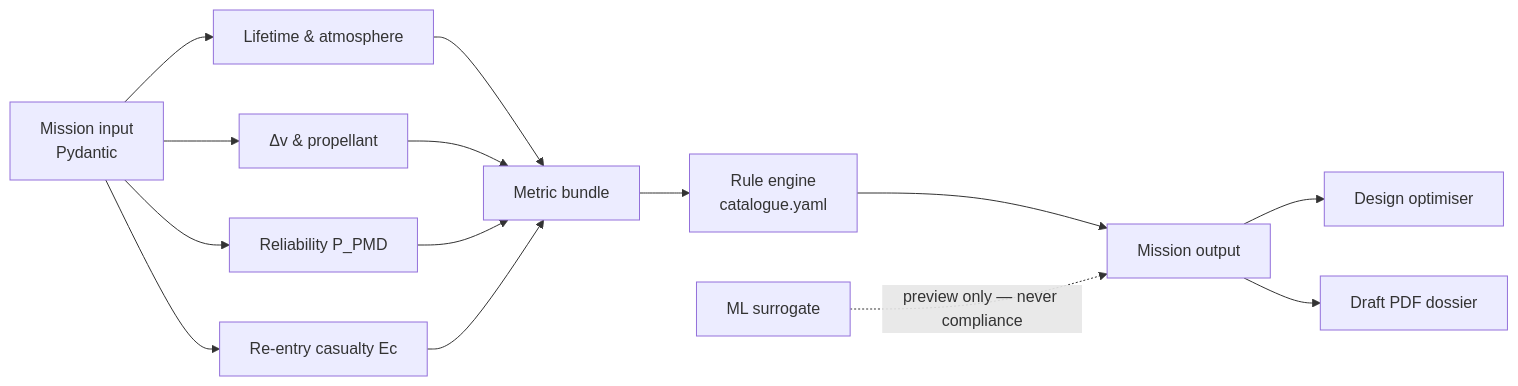
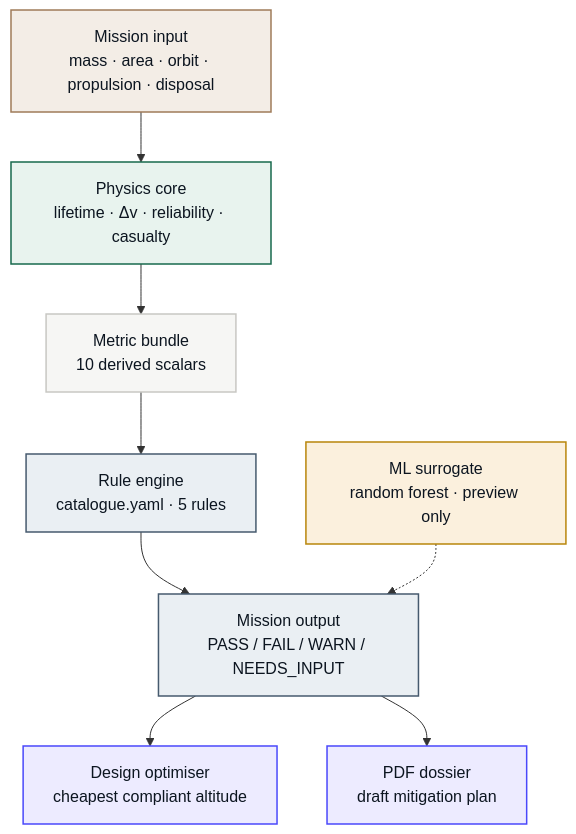
Before and after one commit to lostluffyz/Ananke: the diagram in README.md, drawn with Mermaid. The commit also changed other lines of this file and 5 other files, not shown here.

````diff
--- a/README.md
+++ b/README.md
@@ -74,16 +112,18 @@
 ```mermaid
-flowchart LR
-    M["Mission input<br/>Pydantic"] --> P1["Lifetime & atmosphere"]
-    M --> P2["Δv & propellant"]
-    M --> P3["Reliability P_PMD"]
-    M --> P4["Re-entry casualty Ec"]
-    P1 --> K["Metric bundle"]
-    P2 --> K
-    P3 --> K
-    P4 --> K
-    K --> R["Rule engine<br/>catalogue.yaml"]
-    R --> O["Mission output"]
-    O --> D["Design optimiser"]
-    O --> F["Draft PDF dossier"]
-    S["ML surrogate"] -. "preview only — never compliance" .-> O
+flowchart TD
+    M["Mission input<br/>mass · area · orbit · propulsion · disposal"]:::input
+    M --> P["Physics core<br/>lifetime · Δv · reliability · casualty"]:::physics
+    P --> K["Metric bundle<br/>10 derived scalars"]:::neutral
+    K --> R["Rule engine<br/>catalogue.yaml · 5 rules"]:::rules
+    R --> O["Mission output<br/>PASS / FAIL / WARN / NEEDS_INPUT"]:::rules
+    O --> D["Design optimiser<br/>cheapest compliant altitude"]:::output
+    O --> F["PDF dossier<br/>draft mitigation plan"]:::output
+    S["ML surrogate<br/>random forest · preview only"]:::ml -.-> O
+
+    classDef input fill:#F3EDE6,stroke:#9F7B59,stroke-width:1.5px,color:#0C1520
+    classDef physics fill:#E8F3EE,stroke:#17694C,stroke-width:1.5px,color:#0C1520
+    classDef neutral fill:#F6F6F4,stroke:#C8C7C3,stroke-width:1.5px,color:#0C1520
+    classDef rules fill:#EAEFF3,stroke:#465A6E,stroke-width:1.5px,color:#0C1520
+    classDef output fill:#EDEBFF,stroke:#4A48FB,stroke-width:1.5px,color:#0C1520
+    classDef ml fill:#FBF0DD,stroke:#B8860B,stroke-width:1.5px,color:#0C1520
 ```
````
